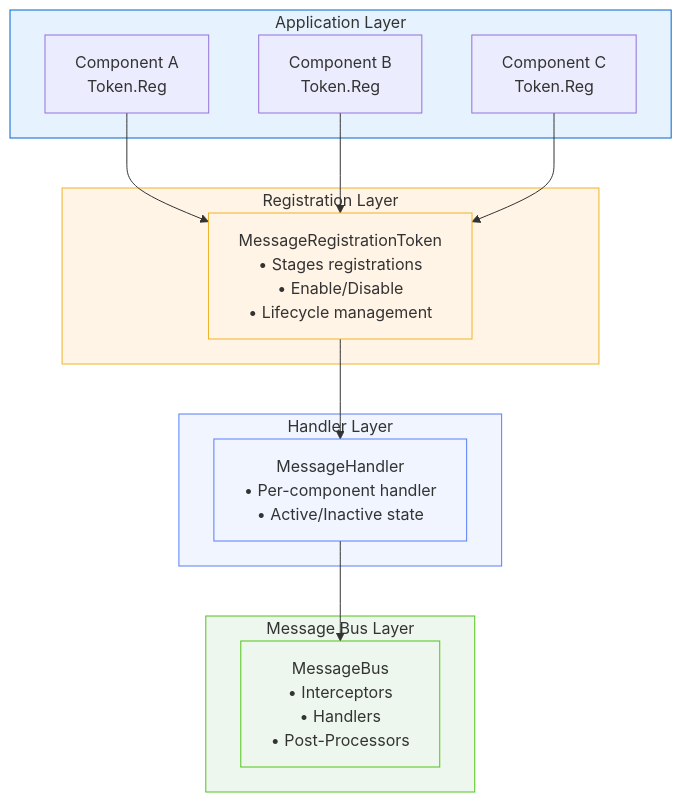
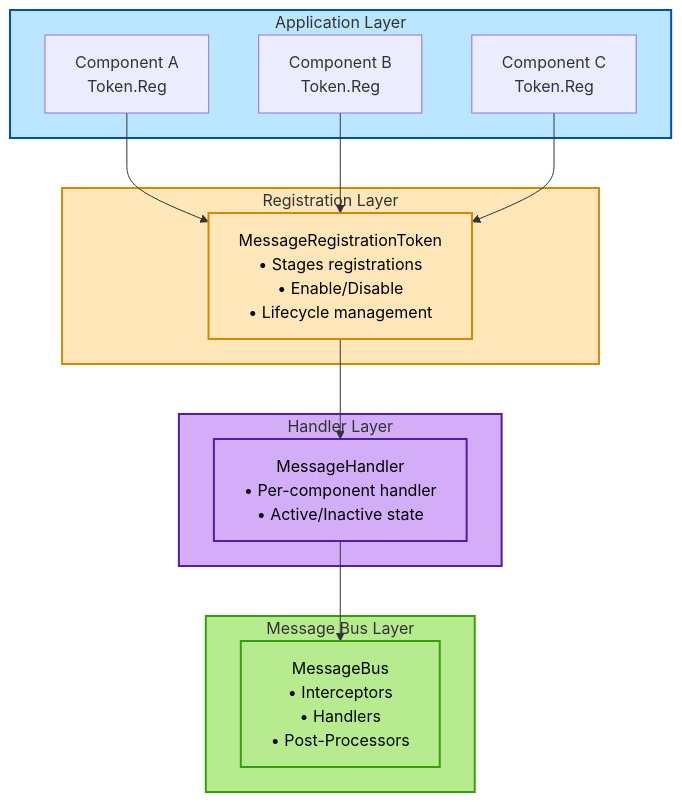
One commit to wallstop/DxMessaging changed the diagram in Docs/DesignAndArchitecture.md. Above: the diagram before and after it, drawn with Mermaid. The commit also changed 5 other files, not shown here.

Commit message:
Mermaid diagram updates

````diff
--- a/Docs/DesignAndArchitecture.md
+++ b/Docs/DesignAndArchitecture.md
@@ -52,34 +52,34 @@
 ```mermaid
 flowchart TB
     subgraph App[Application Layer]
         CompA[Component A<br/>Token.Reg]
         CompB[Component B<br/>Token.Reg]
         CompC[Component C<br/>Token.Reg]
     end
 
     subgraph Token[Registration Layer]
         MRT[MessageRegistrationToken<br/>• Stages registrations<br/>• Enable/Disable<br/>• Lifecycle management]
     end
 
     subgraph Handler[Handler Layer]
         MH[MessageHandler<br/>• Per-component handler<br/>• Active/Inactive state]
     end
 
     subgraph Bus[Message Bus Layer]
         MB[MessageBus<br/>• Interceptors<br/>• Handlers<br/>• Post-Processors]
     end
 
     CompA --> MRT
     CompB --> MRT
     CompC --> MRT
     MRT --> MH
     MH --> MB
 
-    style App fill:#e6f3ff,stroke:#0066cc
-    style Token fill:#fff4e5,stroke:#f0b429
-    style Handler fill:#f0f5ff,stroke:#597ef7
-    style Bus fill:#eef7ee,stroke:#52c41a
-    style MRT fill:#fff4e5,stroke:#f0b429
-    style MH fill:#f0f5ff,stroke:#597ef7
-    style MB fill:#eef7ee,stroke:#52c41a
+    style App fill:#bae7ff,stroke:#0050b3,stroke-width:2px
+    style Token fill:#ffe7ba,stroke:#d48806,stroke-width:2px
+    style Handler fill:#d3adf7,stroke:#531dab,stroke-width:2px
+    style Bus fill:#b7eb8f,stroke:#389e0d,stroke-width:2px
+    style MRT fill:#ffe7ba,stroke:#d48806,stroke-width:2px,color:#000
+    style MH fill:#d3adf7,stroke:#531dab,stroke-width:2px,color:#000
+    style MB fill:#b7eb8f,stroke:#389e0d,stroke-width:2px,color:#000
 ```
````
